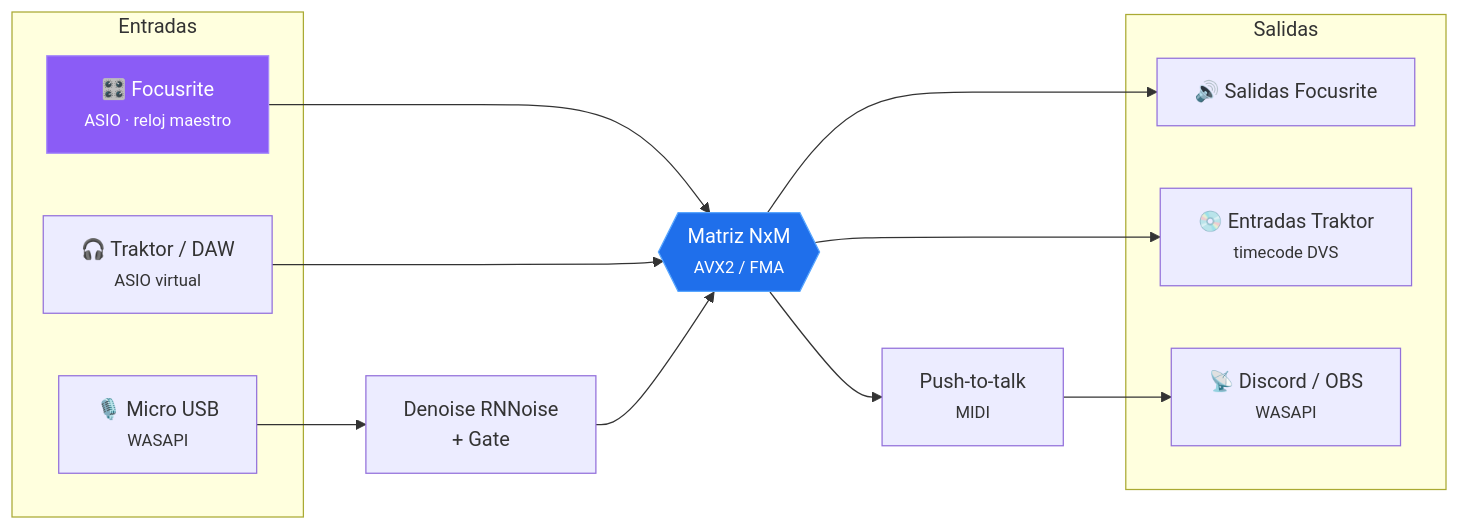
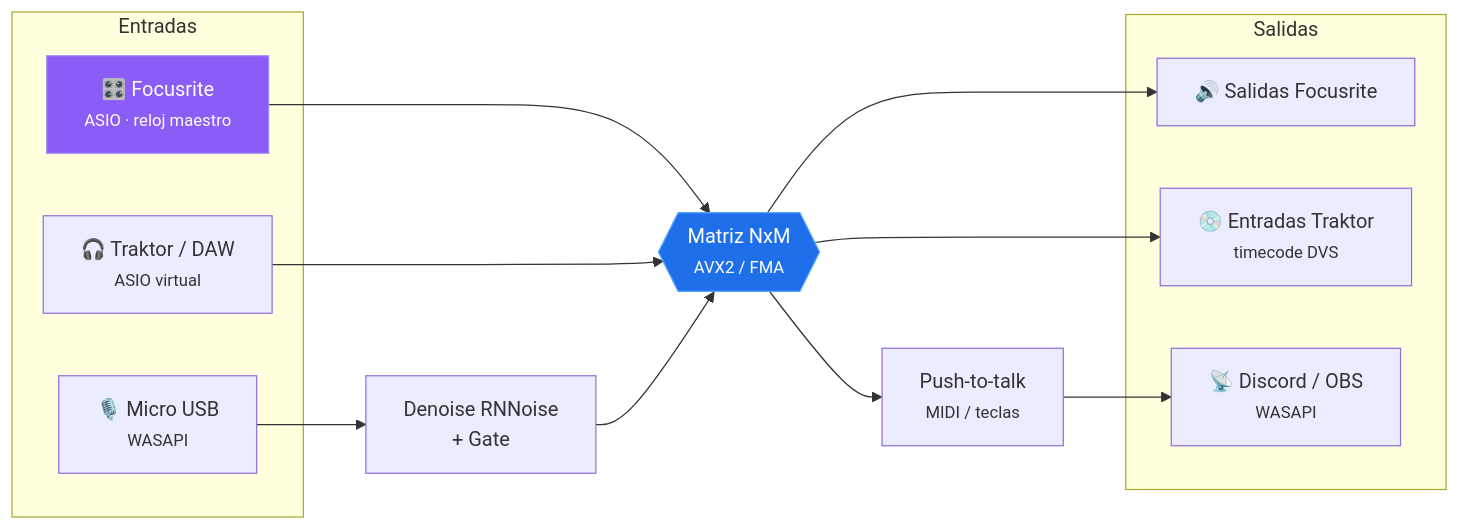
One commit to SubielaDev/AudioFlowMatrix changed the diagram in README.md. Above: the diagram before and after it, drawn with Mermaid. The commit also changed other lines of this file and 1 other file, not shown here.

````diff
--- a/README.md
+++ b/README.md
@@ -25,29 +25,29 @@
 ```mermaid
 flowchart LR
     subgraph IN["Entradas"]
         FR["🎛️ Focusrite<br/><small>ASIO · reloj maestro</small>"]
         TK["🎧 Traktor / DAW<br/><small>ASIO virtual</small>"]
         MIC["🎙️ Micro USB<br/><small>WASAPI</small>"]
     end
 
     MIC --> DN["Denoise RNNoise<br/>+ Gate"]
 
     FR --> MX{{"Matriz NxM<br/><small>AVX2 / FMA</small>"}}
     TK --> MX
     DN --> MX
 
     subgraph OUT["Salidas"]
         FO["🔊 Salidas Focusrite"]
         TI["💿 Entradas Traktor<br/><small>timecode DVS</small>"]
         ST["📡 Discord / OBS<br/><small>WASAPI</small>"]
     end
 
     MX --> FO
     MX --> TI
-    MX --> PTT["Push-to-talk<br/><small>MIDI</small>"] --> ST
+    MX --> PTT["Push-to-talk<br/><small>MIDI / teclas</small>"] --> ST
 
     classDef master fill:#8b5cf6,stroke:#a78bfa,color:#fff
     classDef core fill:#1f6feb,stroke:#58a6ff,color:#fff
     class FR master
     class MX core
 ```
````
